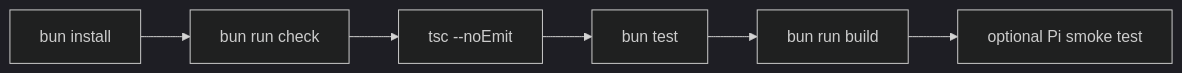
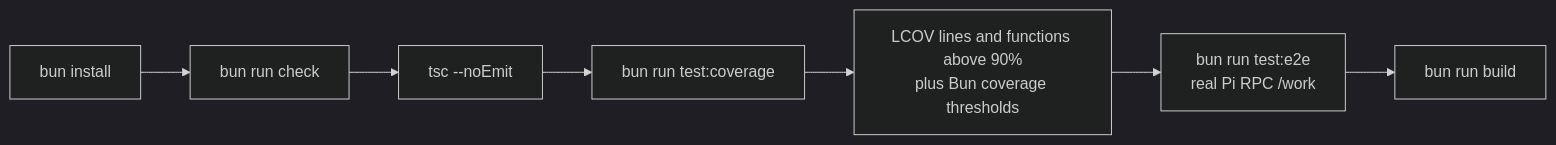
The first of 5 diagrams in openwiki/development/testing.md (wichayutdew/pi-workflows), drawn with Mermaid (dark theme) before and after one commit. The commit also changed other lines of this file and 57 other files, not shown here.

````diff
--- a/openwiki/development/testing.md
+++ b/openwiki/development/testing.md
@@ -5,8 +5,9 @@
 ```mermaid
 flowchart LR
   Install[bun install] --> Check[bun run check]
   Check --> Typecheck[tsc --noEmit]
-  Typecheck --> Tests[bun test]
-  Tests --> Build[bun run build]
-  Build --> PiSmoke[optional Pi smoke test]
+  Typecheck --> Tests[bun run test:coverage]
+  Tests --> Coverage[LCOV lines and functions above 90%<br/>plus Bun coverage thresholds]
+  Coverage --> E2E[bun run test:e2e<br/>real Pi RPC /work]
+  E2E --> Build[bun run build]
 ```
````
